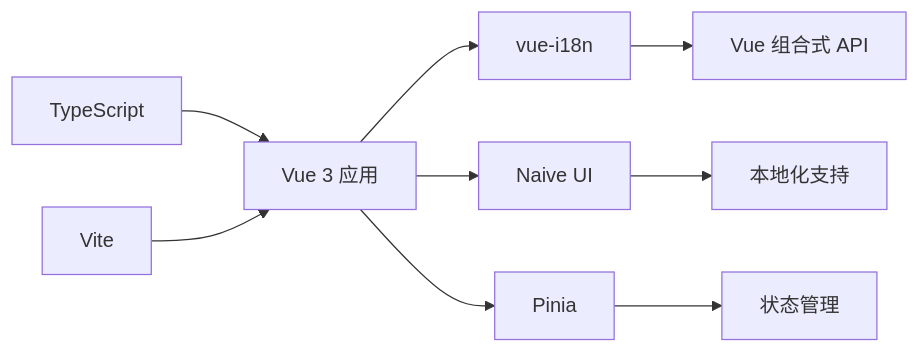
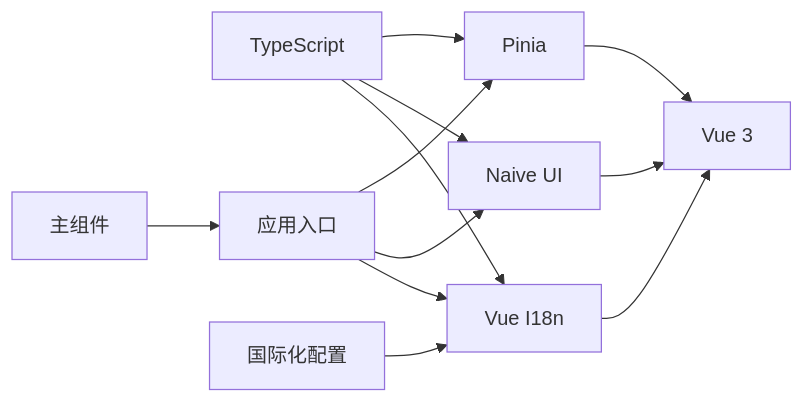
The sixth of 6 diagrams in .qoder/repowiki/zh/content/桌面端应用/前端界面系统/国际化系统.md (itsharex/NexTunnel), drawn with Mermaid before and after one commit. The commit also changed other lines of this file and 48 other files, not shown here.

````diff
--- a/.qoder/repowiki/zh/content/桌面端应用/前端界面系统/国际化系统.md
+++ b/.qoder/repowiki/zh/content/桌面端应用/前端界面系统/国际化系统.md
@@ -270,11 +218,14 @@
 ```mermaid
 graph LR
-A[Vue 3 应用] --> B[vue-i18n]
-A --> C[Naive UI]
-A --> D[Pinia]
-B --> E[Vue 组合式 API]
-C --> F[本地化支持]
-D --> G[状态管理]
-H[TypeScript] --> A
-I[Vite] --> A
+A[Vue I18n] --> B[Vue 3]
+C[Naive UI] --> B
+D[Pinia] --> B
+E[TypeScript] --> A
+E --> C
+E --> D
+F[应用入口] --> A
+F --> C
+F --> D
+G[主组件] --> F
+H[国际化配置] --> A
 ```
````
